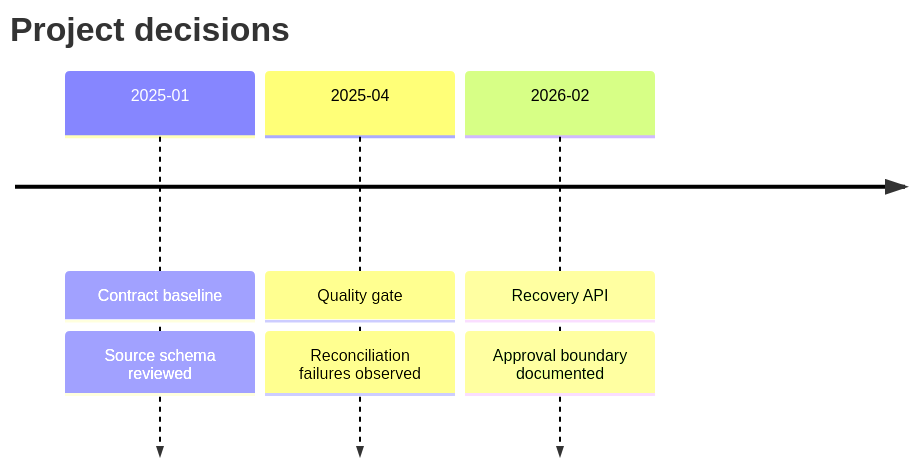
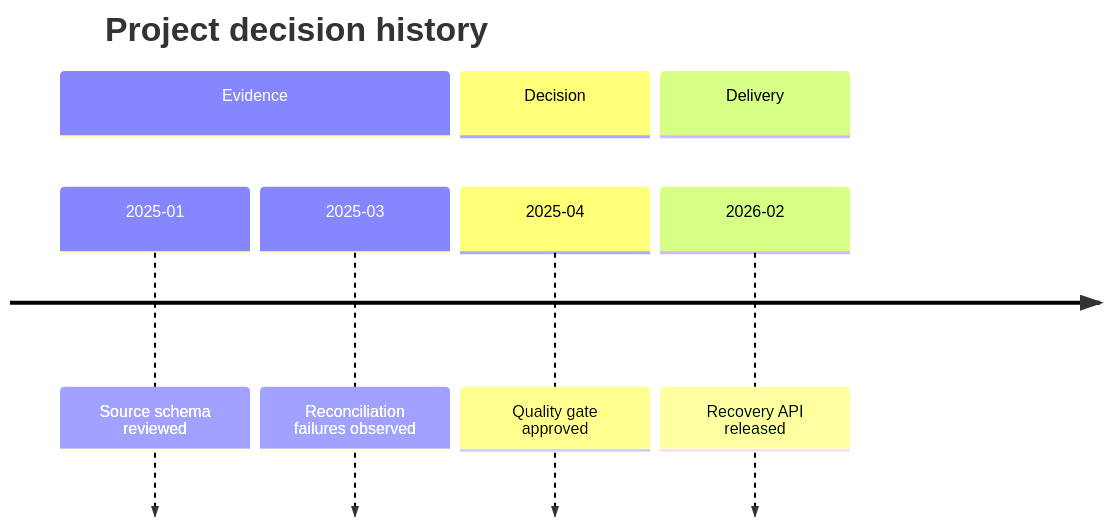
The fourth of 5 diagrams in src/rulesync/.rulesync/skills/mols-mermaid-diagram/references/examples/timeline.md (mols3131d/mols-agent-assets), drawn with Mermaid before and after one commit. The commit also changed other lines of this file and 27 other files, not shown here.

Commit message:
docs(mermaid): diagram examples 단계별 고도화

````diff
--- a/src/rulesync/.rulesync/skills/mols-mermaid-diagram/references/examples/timeline.md
+++ b/src/rulesync/.rulesync/skills/mols-mermaid-diagram/references/examples/timeline.md
@@ -48,10 +78,11 @@
 ```mermaid
 timeline
-    title Project decisions
-    2025-01 : Contract baseline
-        : Source schema reviewed
-    2025-04 : Quality gate
-        : Reconciliation failures observed
-    2026-02 : Recovery API
-        : Approval boundary documented
+    title Project decision history
+    section Evidence
+        2025-01 : Source schema reviewed
+        2025-03 : Reconciliation failures observed
+    section Decision
+        2025-04 : Quality gate approved
+    section Delivery
+        2026-02 : Recovery API released
 ```
````
